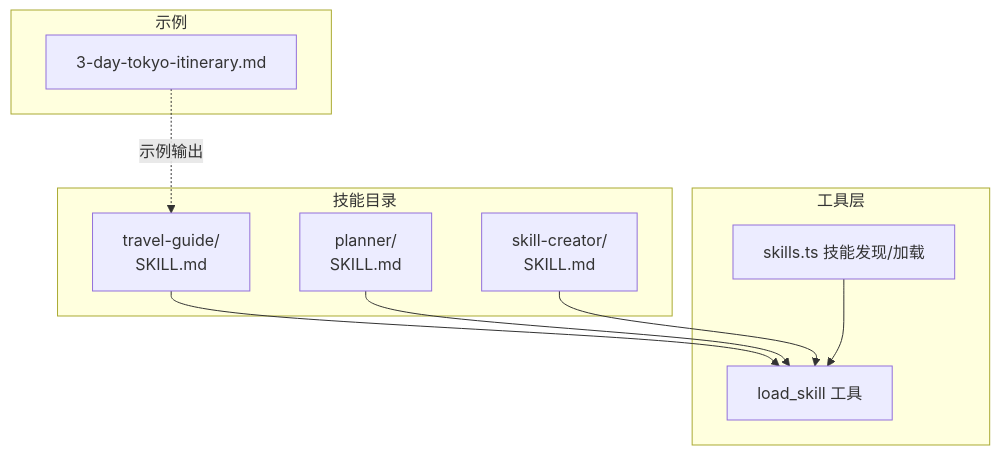
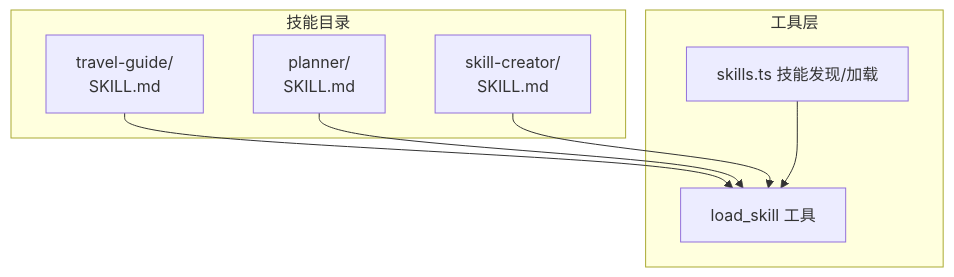
One commit to HAOFUYANG/onion-code changed the first of 5 diagrams in .qoder/repowiki/zh/content/技能系统/旅行指南技能.md. Above: the diagram before and after it, drawn with Mermaid. The commit also changed other lines of this file and 16 other files, not shown here.

````diff
--- a/.qoder/repowiki/zh/content/技能系统/旅行指南技能.md
+++ b/.qoder/repowiki/zh/content/技能系统/旅行指南技能.md
@@ -31,20 +39,16 @@
 ```mermaid
 graph TB
 subgraph "技能目录"
 TG["travel-guide/<br/>SKILL.md"]
 PL["planner/<br/>SKILL.md"]
 SC["skill-creator/<br/>SKILL.md"]
 end
 subgraph "工具层"
 LT["load_skill 工具"]
 ST["skills.ts 技能发现/加载"]
 end
-subgraph "示例"
-EX["3-day-tokyo-itinerary.md"]
-end
 TG --> LT
 PL --> LT
 SC --> LT
 ST --> LT
-EX -. 示例输出 .-> TG
 ```
````
